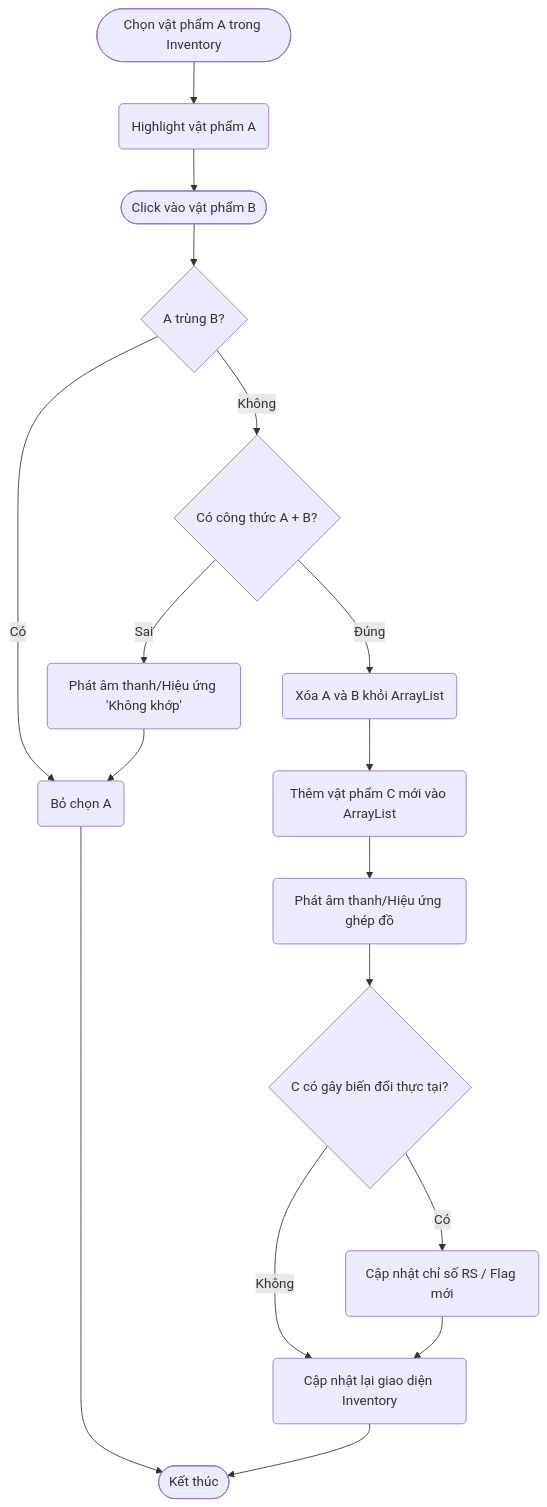
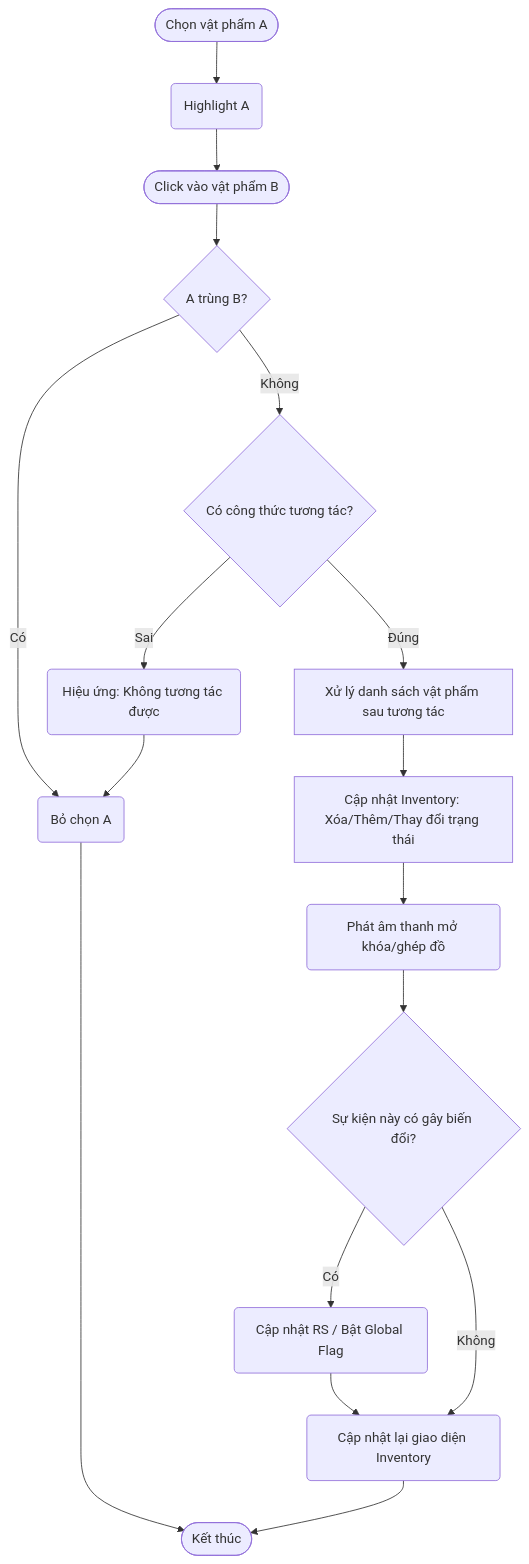
Before and after one commit to trieuwu/Gnivol: the fifth of 6 diagrams in UML/Sequence.md, drawn with Mermaid. The commit also changed other lines of this file, not shown here.

````diff
--- a/UML/Sequence.md
+++ b/UML/Sequence.md
@@ -114,27 +118,28 @@
 ```mermaid
 flowchart TD
-    Start([Chọn vật phẩm A trong Inventory]) --> Highlight(Highlight vật phẩm A)
+    Start([Chọn vật phẩm A]) --> Highlight(Highlight A)
     Highlight --> SelectB([Click vào vật phẩm B])
     
     SelectB --> SameCheck{A trùng B?}
     SameCheck -- "Có" --> Deselect(Bỏ chọn A)
-    Deselect --> End([Kết thúc])
     
-    SameCheck -- "Không" --> RecipeCheck{Có công thức A + B?}
+    SameCheck -- "Không" --> RecipeCheck{Có công thức tương tác?}
     
     %% Nhánh thất bại
-    RecipeCheck -- "Sai" --> FailAnim(Phát âm thanh/Hiệu ứng 'Không khớp')
+    RecipeCheck -- "Sai" --> FailAnim(Hiệu ứng: Không tương tác được)
     FailAnim --> Deselect
     
-    %% Nhánh thành công
-    RecipeCheck -- "Đúng" --> MergeAction(Xóa A và B khỏi ArrayList)
-    MergeAction --> CreateNew(Thêm vật phẩm C mới vào ArrayList)
-    CreateNew --> PlaySuccess(Phát âm thanh/Hiệu ứng ghép đồ)
-    PlaySuccess --> RSCheck{C có gây biến đổi thực tại?}
+    %% Nhánh thành công (Xử lý linh hoạt)
+    RecipeCheck -- "Đúng" --> ProcessRecipe[Xử lý danh sách vật phẩm sau tương tác]
+    ProcessRecipe --> UpdateInv[Cập nhật Inventory: Xóa/Thêm/Thay đổi trạng thái]
     
-    RSCheck -- "Có" --> UpdateRS(Cập nhật chỉ số RS / Flag mới)
+    UpdateInv --> PlaySuccess(Phát âm thanh mở khóa/ghép đồ)
+    PlaySuccess --> RSCheck{Sự kiện này có gây biến đổi?}
+    
+    RSCheck -- "Có" --> UpdateRS(Cập nhật RS / Bật Global Flag)
     RSCheck -- "Không" --> RefreshUI(Cập nhật lại giao diện Inventory)
     
     UpdateRS --> RefreshUI
-    RefreshUI --> End
+    RefreshUI --> End([Kết thúc])
+    Deselect --> End
 ```
````
